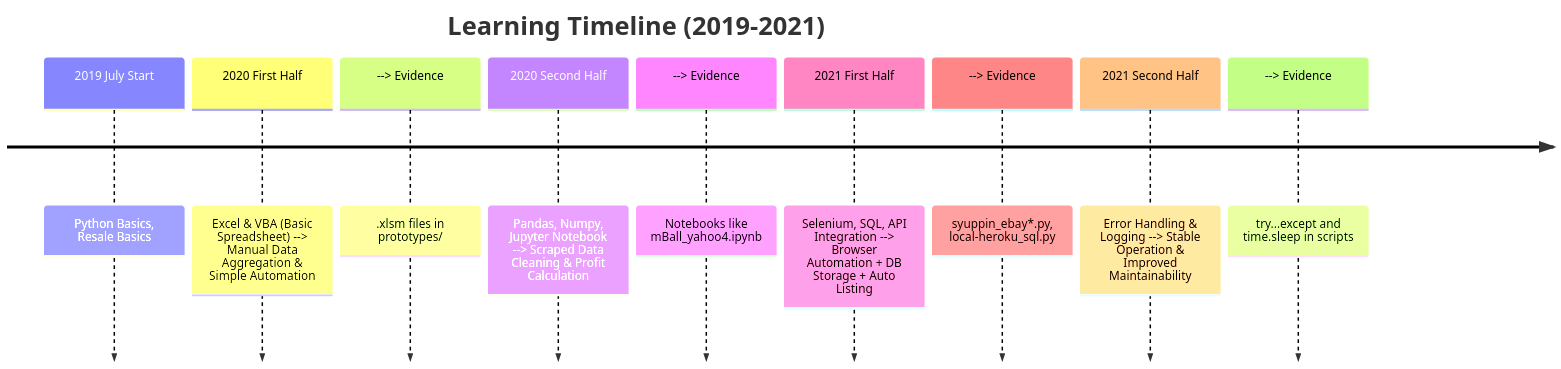
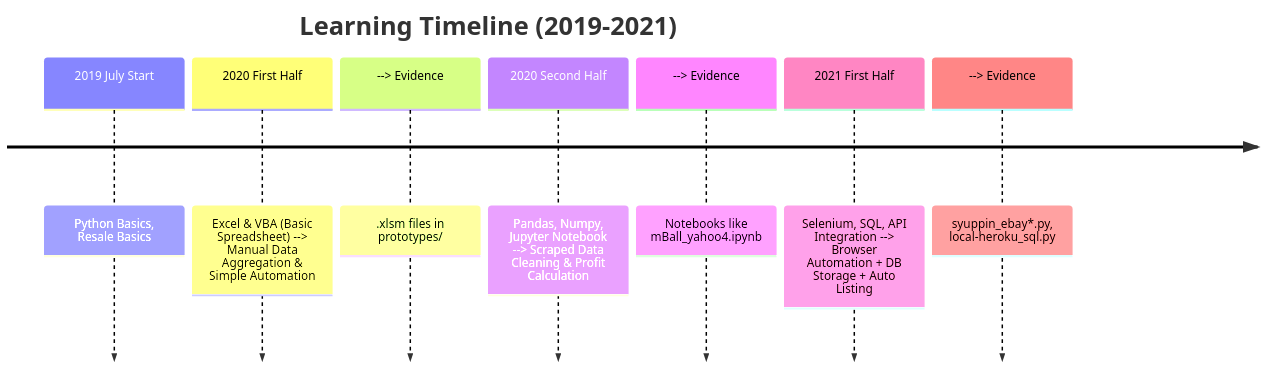
Before and after one commit to 0xkz1/resale-automation-archive: the first of 2 diagrams in README.md, drawn with Mermaid. The commit also changed other lines of this file, not shown here.

Commit message:
Simplify Mermaid timelines: remove 2021 Q4 (error handling is basic Python)

````diff
--- a/README.md
+++ b/README.md
@@ -10,13 +10,11 @@
 ```mermaid
 timeline
     title Learning Timeline (2019-2021)
     2019 July Start : Python Basics, Resale Basics
     2020 First Half : Excel & VBA (Basic Spreadsheet) --> Manual Data Aggregation & Simple Automation
                 --> Evidence: .xlsm files in prototypes/
     2020 Second Half : Pandas, Numpy, Jupyter Notebook --> Scraped Data Cleaning & Profit Calculation
                 --> Evidence: Notebooks like mBall_yahoo4.ipynb
     2021 First Half : Selenium, SQL, API Integration --> Browser Automation + DB Storage + Auto Listing
                 --> Evidence: syuppin_ebay*.py, local-heroku_sql.py
-    2021 Second Half : Error Handling & Logging --> Stable Operation & Improved Maintainability
-                --> Evidence: try...except and time.sleep in scripts
 ```
````
